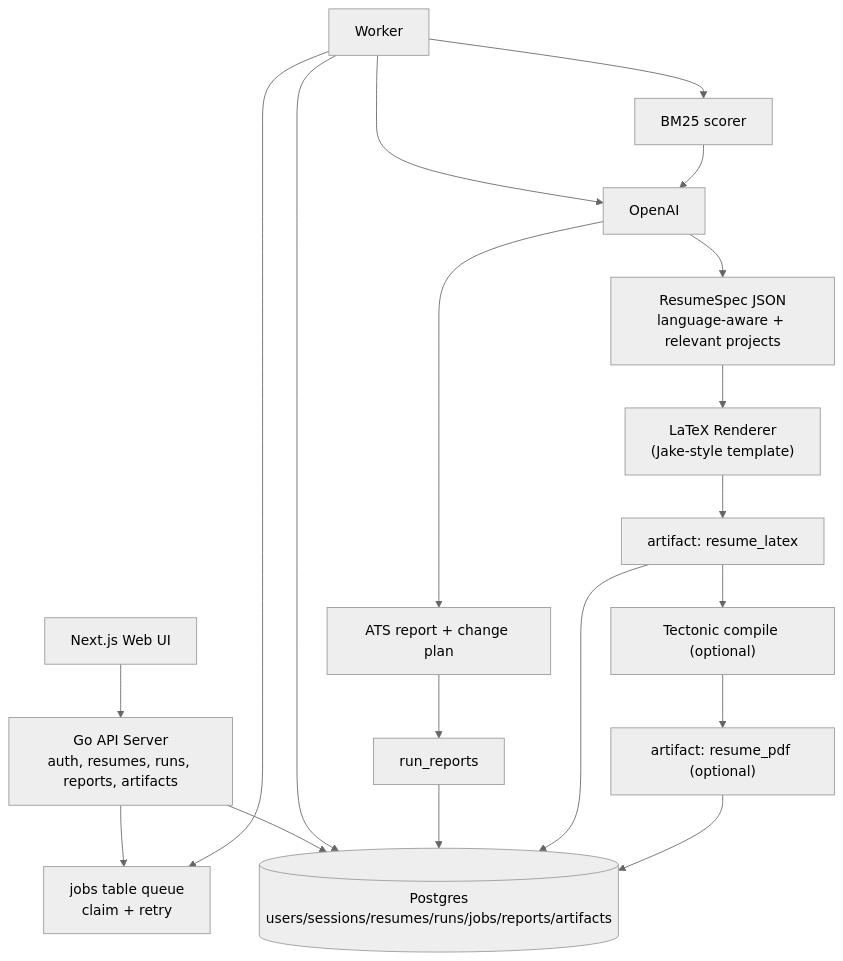
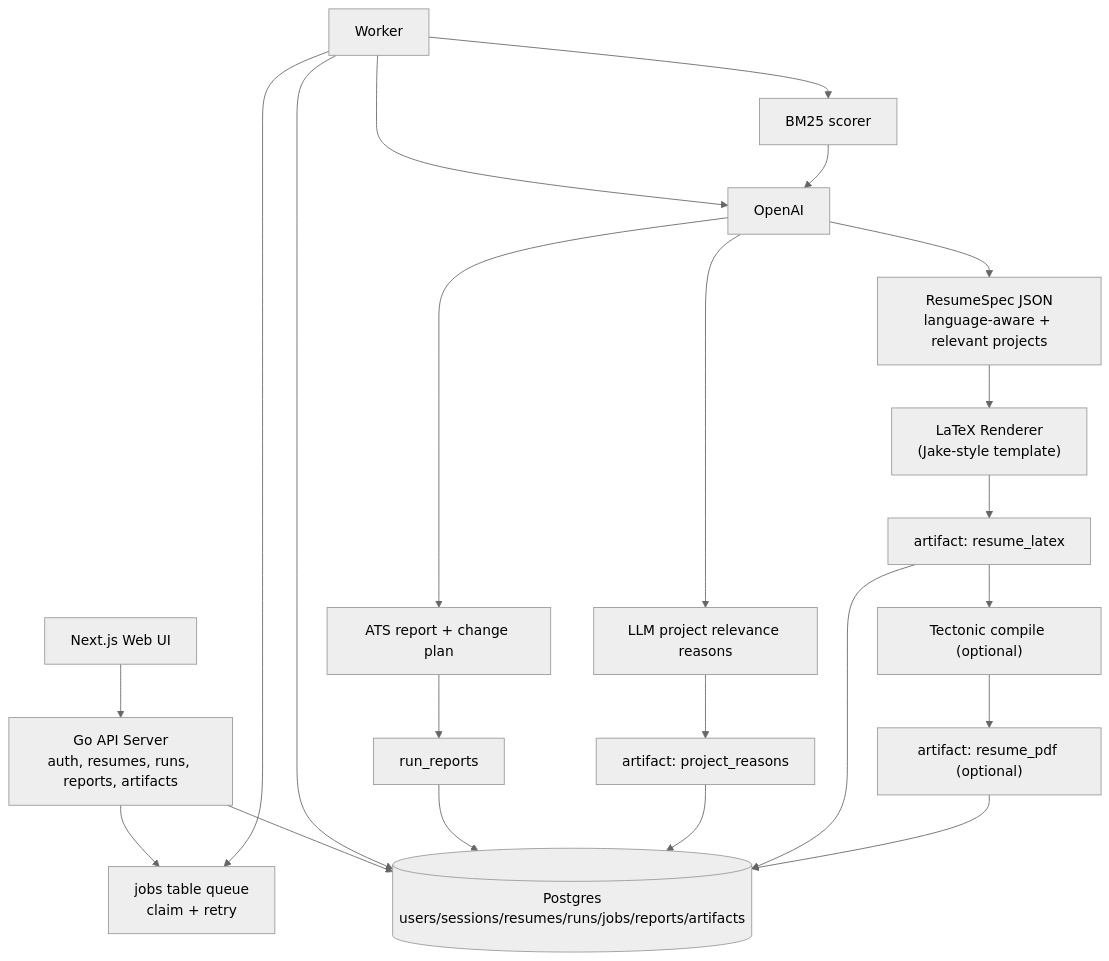
One commit to RayanMalki/resume-tailor changed the diagram in README.md. Above: the diagram before and after it, drawn with Mermaid (neutral theme). The commit also changed other lines of this file, not shown here.

````diff
--- a/README.md
+++ b/README.md
@@ -21,36 +23,41 @@
 ```mermaid
 flowchart TB
   UI["Next.js Web UI"]
   API["Go API Server<br/>auth, resumes, runs, reports, artifacts"]
   DB[("Postgres<br/>users/sessions/resumes/runs/jobs/reports/artifacts")]
   Q["jobs table queue<br/>claim + retry"]
   W["Worker"]
   BM25["BM25 scorer"]
   OAI["OpenAI"]
   REPORTLLM["ATS report + change plan"]
   SPEC["ResumeSpec JSON<br/>language-aware + relevant projects"]
+  REASONS["LLM project relevance reasons"]
   RENDER["LaTeX Renderer<br/>(Jake-style template)"]
   TEX["artifact: resume_latex"]
   PDF["artifact: resume_pdf (optional)"]
+  PREASONS["artifact: project_reasons"]
   TECT["Tectonic compile (optional)"]
   REPORTDB["run_reports"]
 
   UI --> API
   API --> DB
   API --> Q
   W --> Q
   W --> DB
   W --> BM25
   W --> OAI
   BM25 --> OAI
   OAI --> REPORTLLM
   OAI --> SPEC
+  OAI --> REASONS
   REPORTLLM --> REPORTDB
   REPORTDB --> DB
   SPEC --> RENDER
+  REASONS --> PREASONS
+  PREASONS --> DB
   RENDER --> TEX
   TEX --> DB
   TEX --> TECT
   TECT --> PDF
   PDF --> DB
 ```
````
